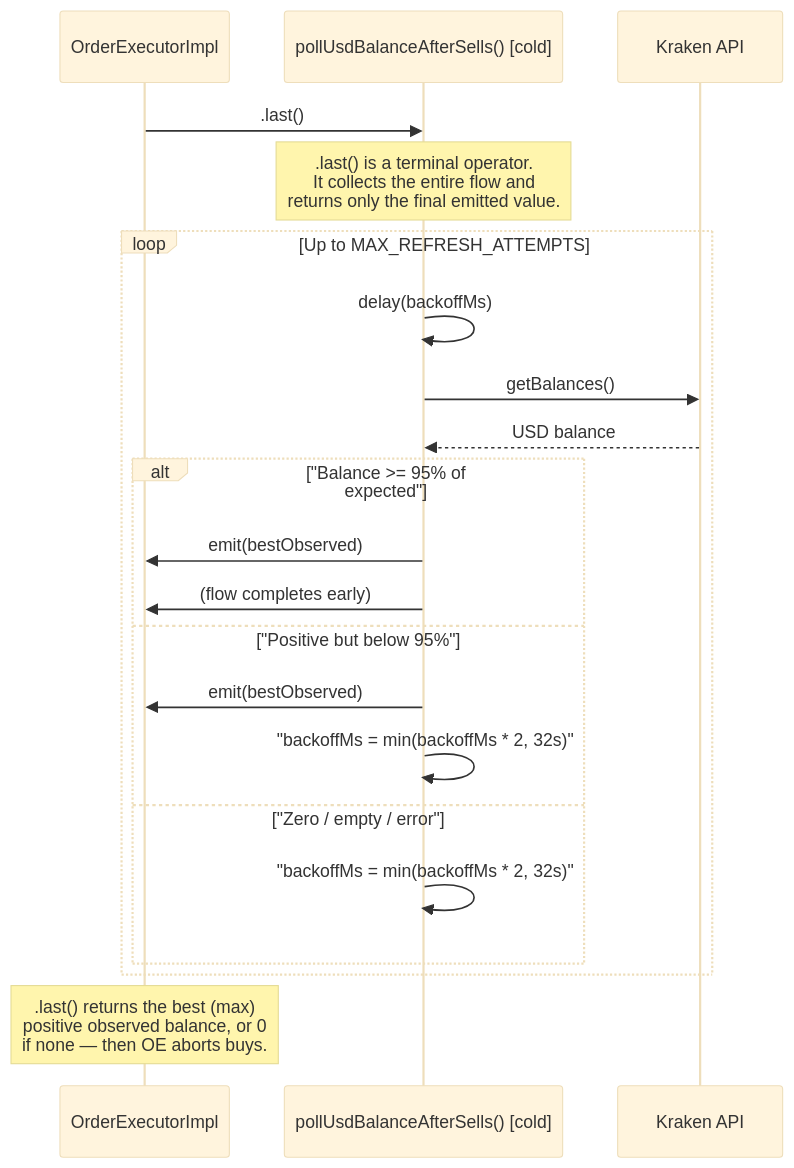
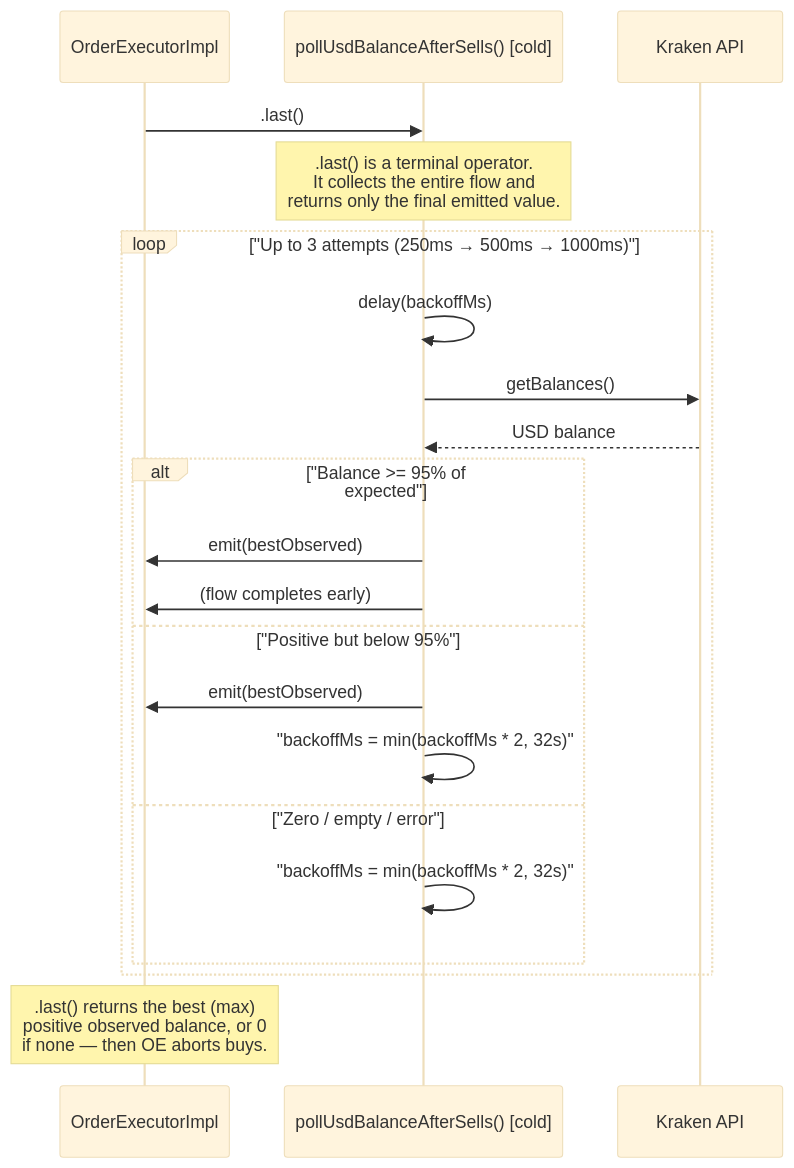
The fifth of 5 diagrams in docs/FLOWS.md (HyperVon/new-kraken-rebalancer), drawn with Mermaid (base theme) before and after one commit. The commit also changed other lines of this file and 8 other files, not shown here.

````diff
--- a/docs/FLOWS.md
+++ b/docs/FLOWS.md
@@ -201,26 +201,26 @@
 ```mermaid
 sequenceDiagram
     participant OE as OrderExecutorImpl
     participant Flow as pollUsdBalanceAfterSells() [cold]
     participant API as Kraken API
 
     OE->>Flow: .last()
     note over Flow: .last() is a terminal operator.<br/>It collects the entire flow and<br/>returns only the final emitted value.
 
-    loop Up to MAX_REFRESH_ATTEMPTS
+    loop "Up to 3 attempts (250ms → 500ms → 1000ms)"
         Flow->>Flow: delay(backoffMs)
         Flow->>API: getBalances()
         API-->>Flow: USD balance
         alt "Balance >= 95% of expected"
             Flow->>OE: emit(bestObserved)
             Flow->>OE: (flow completes early)
         else "Positive but below 95%"
             Flow->>OE: emit(bestObserved)
             Flow->>Flow: "backoffMs = min(backoffMs * 2, 32s)"
         else "Zero / empty / error"
             Flow->>Flow: "backoffMs = min(backoffMs * 2, 32s)"
         end
     end
 
     note over OE: .last() returns the best (max)<br/>positive observed balance, or 0<br/>if none — then OE aborts buys.
 ```
````
